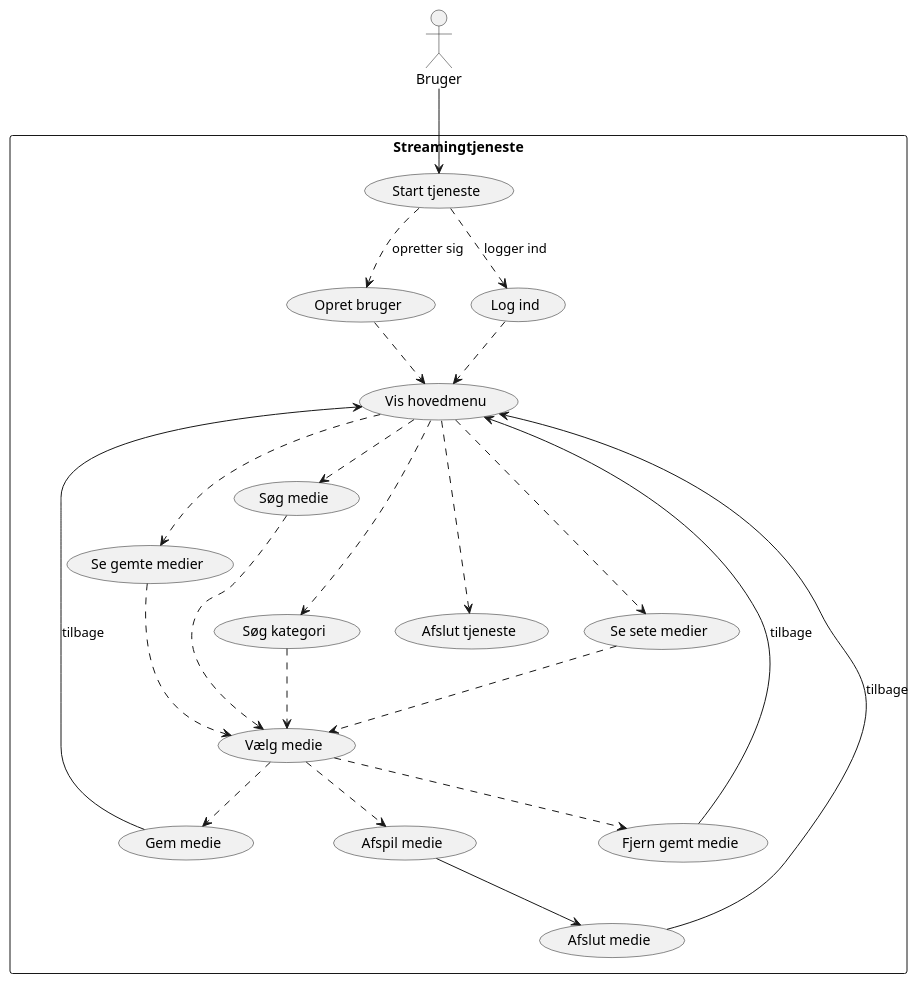
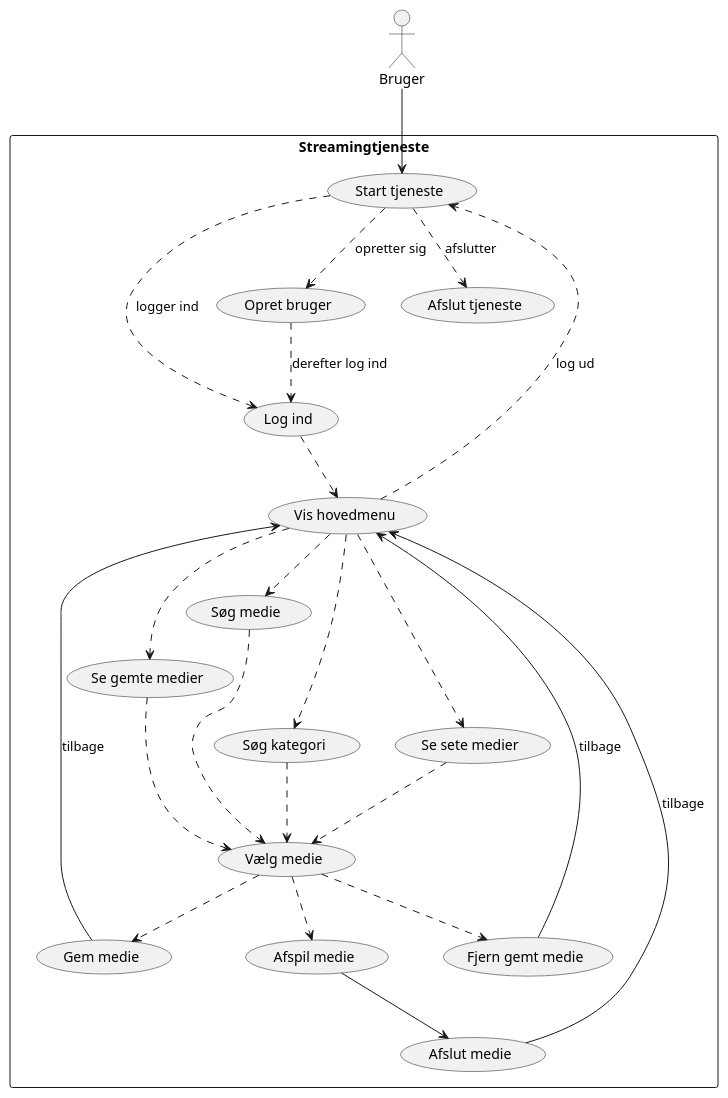
Before and after one commit to offwong/SP3: the diagram in doc/dynamic/useCaseDiagram.puml, drawn with PlantUML. The commit also changed 8 other files, not shown here.

```diff
--- a/doc/dynamic/useCaseDiagram.puml
+++ b/doc/dynamic/useCaseDiagram.puml
@@ -1,54 +1,55 @@
 @startuml useCase
 
 
 actor Bruger
 
 rectangle "Streamingtjeneste" {
   usecase "Start tjeneste" as UC1
   usecase "Opret bruger" as UC2
   usecase "Log ind" as UC3
   usecase "Vis hovedmenu" as UC4
   usecase "Søg medie" as UC5
   usecase "Søg kategori" as UC6
   usecase "Se sete medier" as UC7
   usecase "Se gemte medier" as UC8
   usecase "Vælg medie" as UC9
   usecase "Afspil medie" as UC10
   usecase "Gem medie" as UC11
   usecase "Fjern gemt medie" as UC12
   usecase "Afslut tjeneste" as UC13
   usecase "Afslut medie" as UC14
 }
 
 
 
 
 Bruger --> UC1
 
 UC1 ..> UC2 : opretter sig
 UC1 ..> UC3 : logger ind
-UC2 ..> UC4
+UC2 ..> UC3 : derefter log ind
 UC3 ..> UC4
 
 UC4 ..> UC5
 UC4 ...> UC6
 UC4 ...> UC7
 UC4 ..> UC8
-UC4 ...> UC13
+UC1 ..> UC13 : afslutter
+UC4 ...> UC1 : log ud
 
 UC5 ...> UC9
 UC6 ..> UC9
 UC7 ..> UC9
 UC8 ..> UC9
 
 UC9 ..> UC10
 UC9 ..> UC11
 UC9 ..> UC12
 
 UC10 --> UC14
 UC14 --> UC4 : tilbage
 UC11 --> UC4 : tilbage
 UC12 --> UC4 : tilbage
 
 
 @enduml
```
